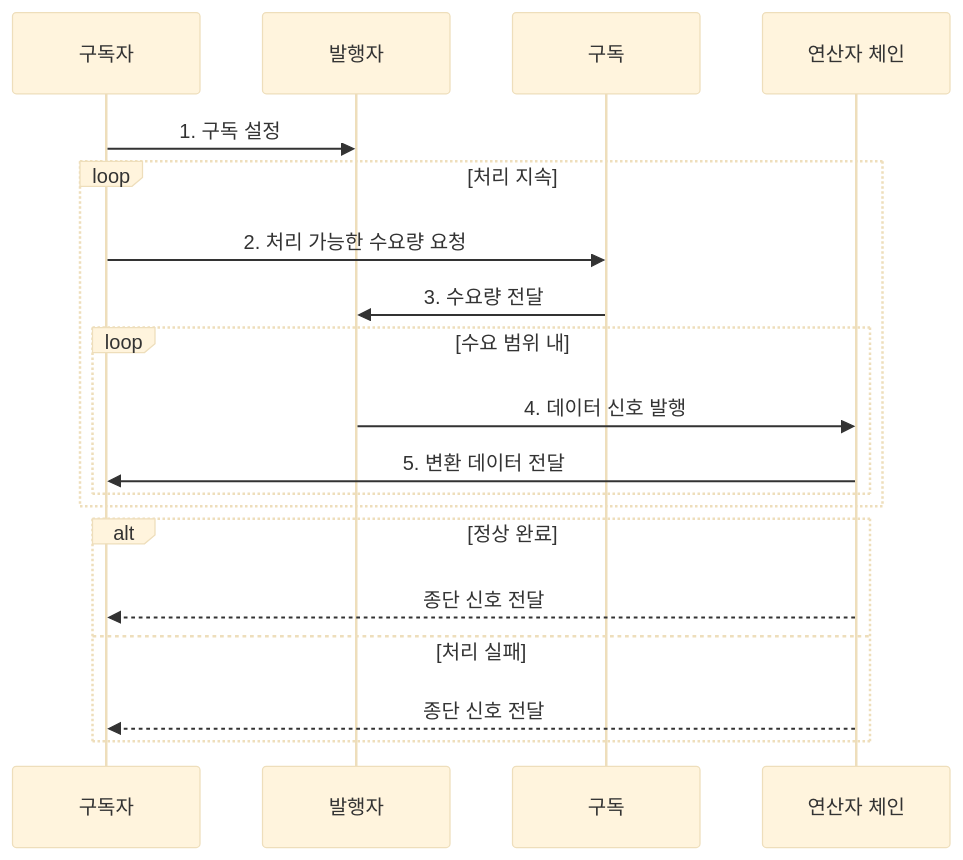
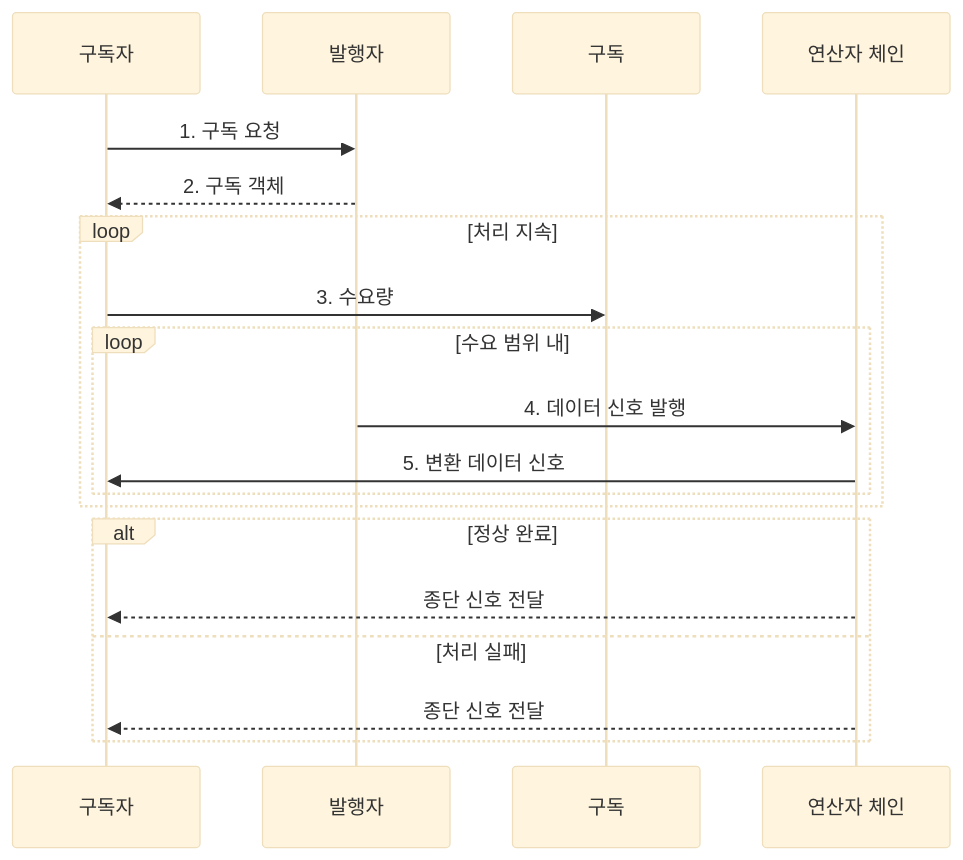
Before and after one commit to agnusdei1207/knowledge-base: the second of 2 diagrams in src/content/docs/notes/03-software/027_reactive_programming.md, drawn with Mermaid (base theme). The commit also changed other lines of this file and 20 other files, not shown here.

````diff
--- a/src/content/docs/notes/03-software/027_reactive_programming.md
+++ b/src/content/docs/notes/03-software/027_reactive_programming.md
@@ -90,21 +96,21 @@
 ```mermaid
 sequenceDiagram
     participant C as 구독자
     participant P as 발행자
     participant U as 구독
     participant O as 연산자 체인
-    C->>P: 1. 구독 설정
+    C->>P: 1. 구독 요청
+    P-->>C: 2. 구독 객체
     loop 처리 지속
-        C->>U: 2. 처리 가능한 수요량 요청
-        U->>P: 3. 수요량 전달
+        C->>U: 3. 수요량
         loop 수요 범위 내
             P->>O: 4. 데이터 신호 발행
-            O->>C: 5. 변환 데이터 전달
+            O->>C: 5. 변환 데이터 신호
         end
     end
     alt 정상 완료
         O-->>C: 종단 신호 전달
     else 처리 실패
         O-->>C: 종단 신호 전달
     end
 ```
````
